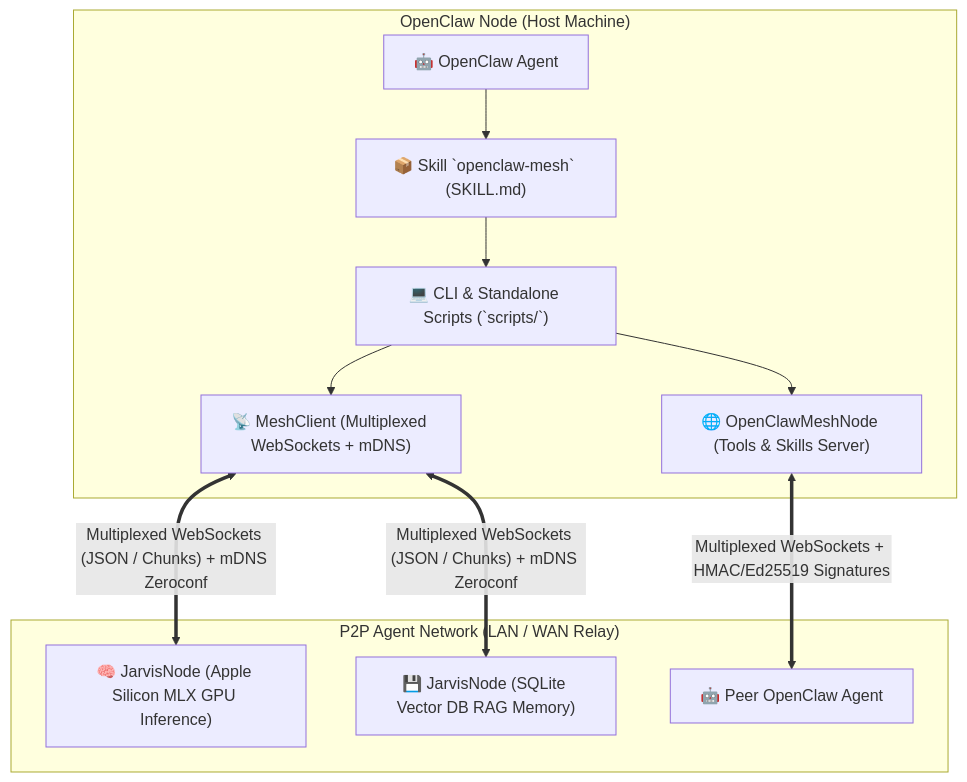
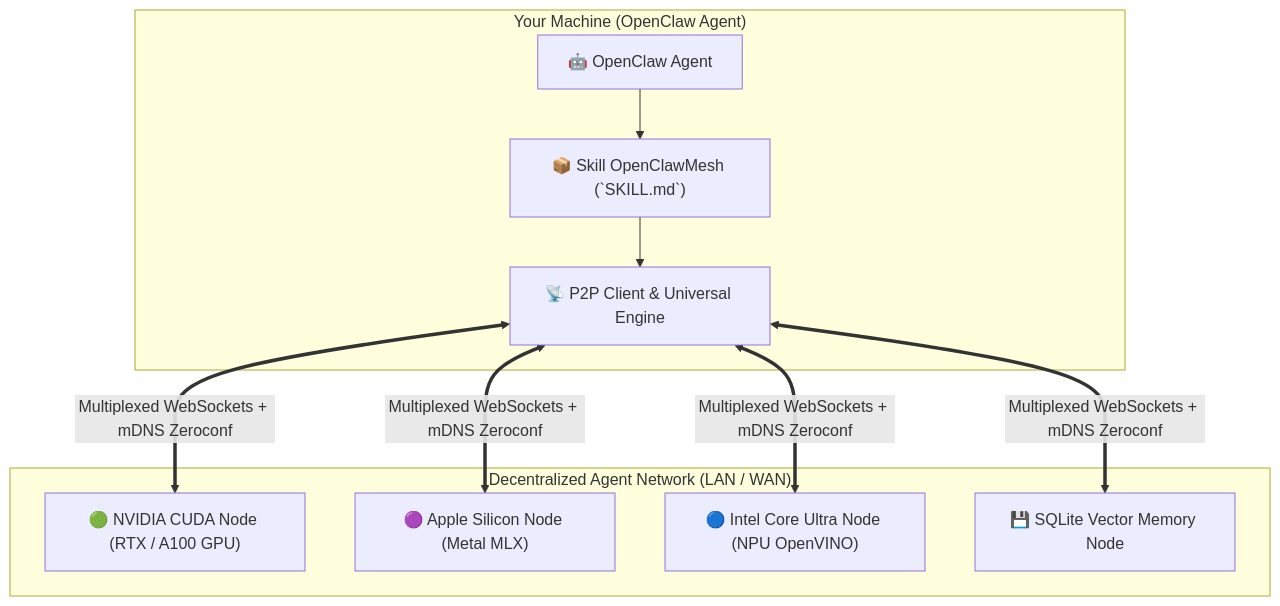
Before and after one commit to samajesteduroyaume/OpenClawMesh: the diagram in README.md, drawn with Mermaid. The commit also changed other lines of this file and 4 other files, not shown here.

````diff
--- a/README.md
+++ b/README.md
@@ -16,25 +43,22 @@
 ```mermaid
 graph TD
-    subgraph "OpenClaw Node (Host Machine)"
+    subgraph "Your Machine (OpenClaw Agent)"
         OC["🤖 OpenClaw Agent"]
-        SKILL["📦 Skill `openclaw-mesh` (SKILL.md)"]
-        CLI["💻 CLI & Standalone Scripts (`scripts/`)"]
-        Client["📡 MeshClient (Multiplexed WebSockets + mDNS)"]
-        Node["🌐 OpenClawMeshNode (Tools & Skills Server)"]
-        
+        SKILL["📦 Skill OpenClawMesh (`SKILL.md`)"]
+        Client["📡 P2P Client & Universal Engine"]
         OC --> SKILL
-        SKILL --> CLI
-        CLI --> Client
-        CLI --> Node
+        SKILL --> Client
     end
 
-    subgraph "P2P Agent Network (LAN / WAN Relay)"
-        JM1["🧠 JarvisNode (Apple Silicon MLX GPU Inference)"]
-        JM2["💾 JarvisNode (SQLite Vector DB RAG Memory)"]
-        OC2["🤖 Peer OpenClaw Agent"]
+    subgraph "Decentralized Agent Network (LAN / WAN)"
+        Node1["🟢 NVIDIA CUDA Node (RTX / A100 GPU)"]
+        Node2["🟣 Apple Silicon Node (Metal MLX)"]
+        Node3["🔵 Intel Core Ultra Node (NPU OpenVINO)"]
+        Node4["💾 SQLite Vector Memory Node"]
     end
 
-    Client <== "Multiplexed WebSockets (JSON / Chunks) + mDNS Zeroconf" ==> JM1
-    Client <== "Multiplexed WebSockets (JSON / Chunks) + mDNS Zeroconf" ==> JM2
-    Node <== "Multiplexed WebSockets + HMAC/Ed25519 Signatures" ==> OC2
+    Client <== "Multiplexed WebSockets + mDNS Zeroconf" ==> Node1
+    Client <== "Multiplexed WebSockets + mDNS Zeroconf" ==> Node2
+    Client <== "Multiplexed WebSockets + mDNS Zeroconf" ==> Node3
+    Client <== "Multiplexed WebSockets + mDNS Zeroconf" ==> Node4
 ```
````
